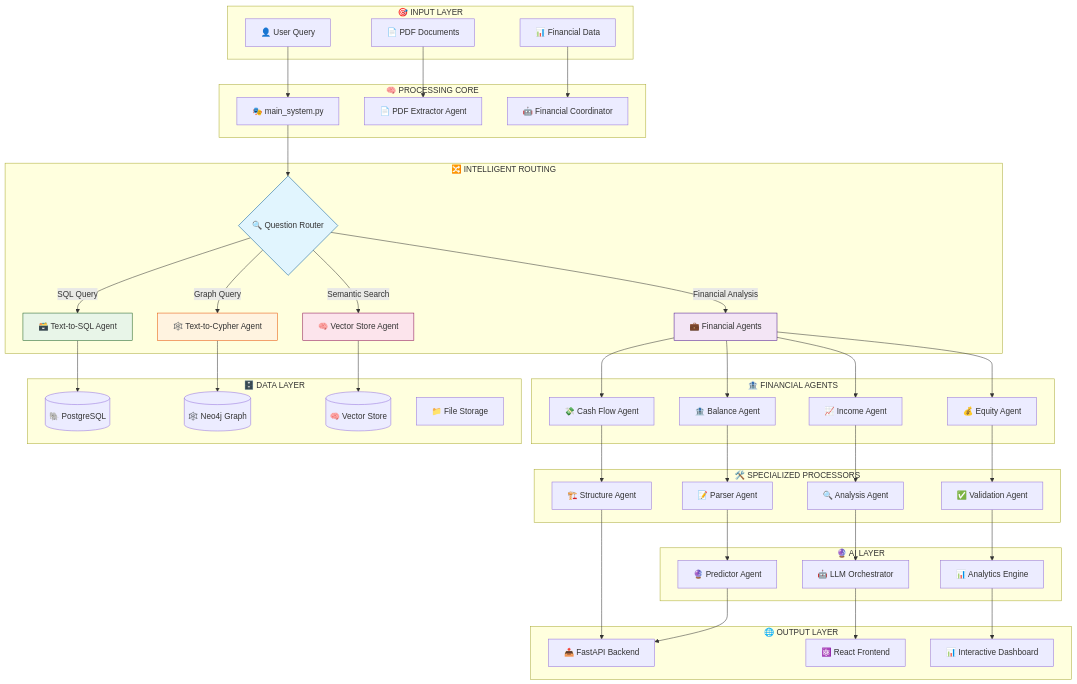
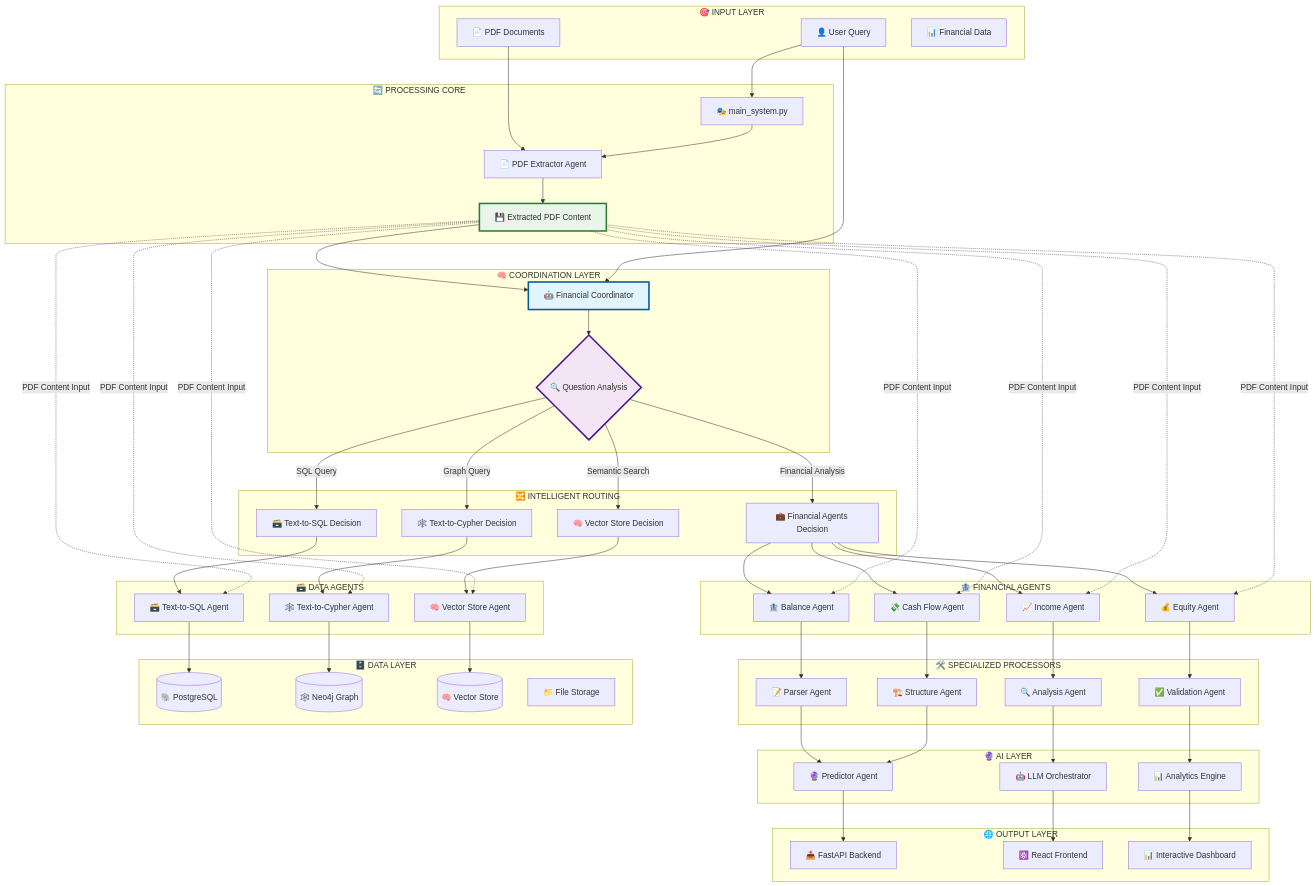
Before and after one commit to rociosolis12/agent_LLM: the diagram in README.md, drawn with Mermaid. The commit also changed other lines of this file, not shown here.

````diff
--- a/README.md
+++ b/README.md
@@ -45,78 +49,102 @@
         C[📊 Financial Data]
     end
     
-    subgraph "🧠 PROCESSING CORE"
+    subgraph "🔄 PROCESSING CORE"
         D[🎭 main_system.py]
         E[📄 PDF Extractor Agent]
-        F[🤖 Financial Coordinator]
+        F[💾 Extracted PDF Content]
+    end
+    
+    subgraph "🧠 COORDINATION LAYER"
+        G[🤖 Financial Coordinator]
+        H{🔍 Question Analysis}
     end
     
     subgraph "🔀 INTELLIGENT ROUTING"
-        G{🔍 Question Router}
-        G -->|Financial Analysis| H[💼 Financial Agents]
-        G -->|SQL Query| I[🗃️ Text-to-SQL Agent]
-        G -->|Graph Query| J[🕸️ Text-to-Cypher Agent]
-        G -->|Semantic Search| K[🧠 Vector Store Agent]
+        H -->|Financial Analysis| I[💼 Financial Agents Decision]
+        H -->|SQL Query| J[🗃️ Text-to-SQL Decision]
+        H -->|Graph Query| K[🕸️ Text-to-Cypher Decision]
+        H -->|Semantic Search| L[🧠 Vector Store Decision]
     end
     
     subgraph "🏦 FINANCIAL AGENTS"
-        H --> L[🏦 Balance Agent]
-        H --> M[📈 Income Agent]
-        H --> N[💰 Equity Agent]
-        H --> O[💸 Cash Flow Agent]
+        I --> M[🏦 Balance Agent]
+        I --> N[📈 Income Agent]
+        I --> O[💰 Equity Agent]
+        I --> P[💸 Cash Flow Agent]
+    end
+    
+    subgraph "🗃️ DATA AGENTS"
+        J --> Q[🗃️ Text-to-SQL Agent]
+        K --> R[🕸️ Text-to-Cypher Agent]
+        L --> S[🧠 Vector Store Agent]
     end
     
     subgraph "🛠️ SPECIALIZED PROCESSORS"
-        P[📝 Parser Agent]
-        Q[🔍 Analysis Agent]
-        R[✅ Validation Agent]
-        S[🏗️ Structure Agent]
+        T[📝 Parser Agent]
+        U[🔍 Analysis Agent]
+        V[✅ Validation Agent]
+        W[🏗️ Structure Agent]
     end
     
     subgraph "🗄️ DATA LAYER"
-        T[(🐘 PostgreSQL)]
-        U[(🕸️ Neo4j Graph)]
-        V[(🧠 Vector Store)]
-        W[📁 File Storage]
+        X[(🐘 PostgreSQL)]
+        Y[(🕸️ Neo4j Graph)]
+        Z[(🧠 Vector Store)]
+        AA[📁 File Storage]
     end
     
     subgraph "🔮 AI LAYER"
-        X[🔮 Predictor Agent]
-        Y[🤖 LLM Orchestrator]
-        Z[📊 Analytics Engine]
+        BB[🔮 Predictor Agent]
+        CC[🤖 LLM Orchestrator]
+        DD[📊 Analytics Engine]
     end
     
     subgraph "🌐 OUTPUT LAYER"
-        AA[📤 FastAPI Backend]
-        BB[⚛️ React Frontend]
-        CC[📊 Interactive Dashboard]
+        EE[📤 FastAPI Backend]
+        FF[⚛️ React Frontend]
+        GG[📊 Interactive Dashboard]
     end
     
+    %% Flujo principal
     A --> D
     B --> E
-    C --> F
-    D --> G
+    D --> E
+    E --> F
+    F --> G
+    A --> G
+    G --> H
     
-    L --> P
-    M --> Q
-    N --> R
-    O --> S
-    I --> T
-    J --> U
-    K --> V
+    %% Los agentes usan el PDF extraído como input
+    F -.->|PDF Content Input| M
+    F -.->|PDF Content Input| N
+    F -.->|PDF Content Input| O
+    F -.->|PDF Content Input| P
+    F -.->|PDF Content Input| Q
+    F -.->|PDF Content Input| R
+    F -.->|PDF Content Input| S
     
-    P --> X
-    Q --> Y
-    R --> Z
-    S --> AA
+    %% Procesamiento especializado
+    M --> T
+    N --> U
+    O --> V
+    P --> W
+    Q --> X
+    R --> Y
+    S --> Z
     
-    X --> AA
-    Y --> BB
-    Z --> CC
+    %% AI Layer
+    T --> BB
+    U --> CC
+    V --> DD
+    W --> BB
     
-    style G fill:#e1f5fe,stroke:#01579b
-    style H fill:#f3e5f5,stroke:#4a148c
-    style I fill:#e8f5e8,stroke:#1b5e20
-    style J fill:#fff3e0,stroke:#e65100
-    style K fill:#fce4ec,stroke:#880e4f
+    %% Output
+    BB --> EE
+    CC --> FF
+    DD --> GG
+    
+    style F fill:#e8f5e8,stroke:#2e7d32,stroke-width:3px
+    style G fill:#e1f5fe,stroke:#01579b,stroke-width:3px
+    style H fill:#f3e5f5,stroke:#4a148c,stroke-width:3px
 ```
````
